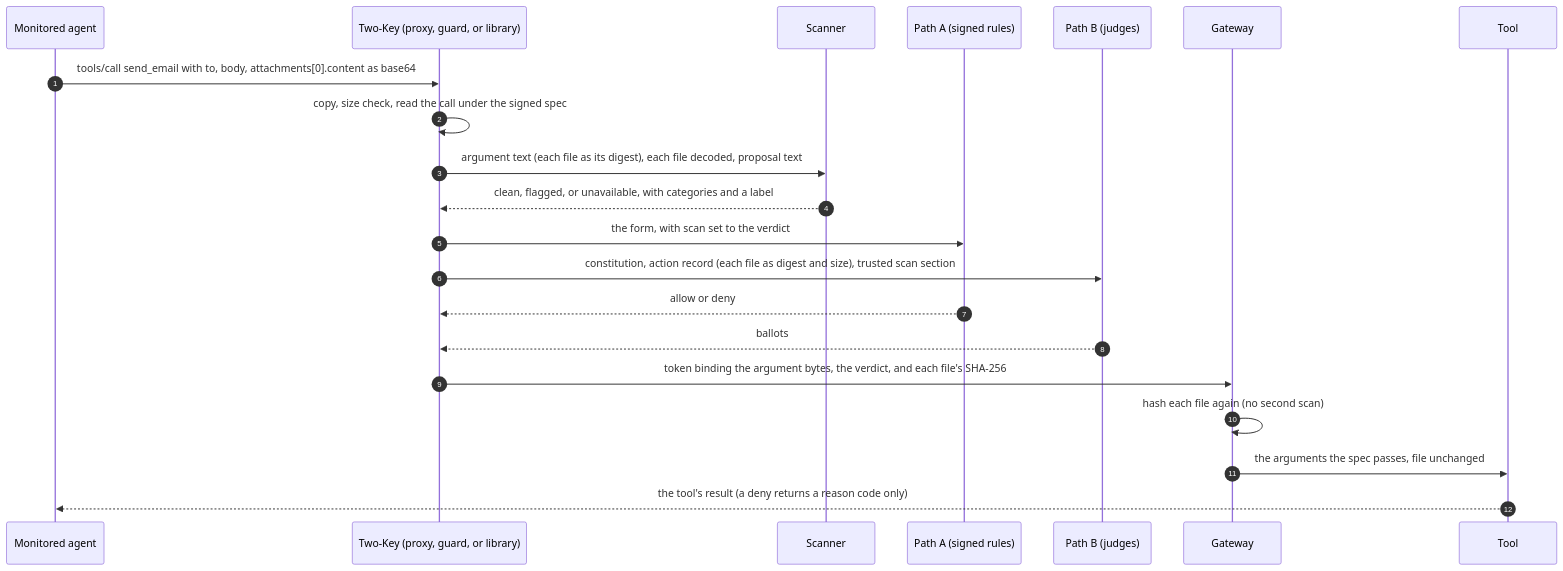
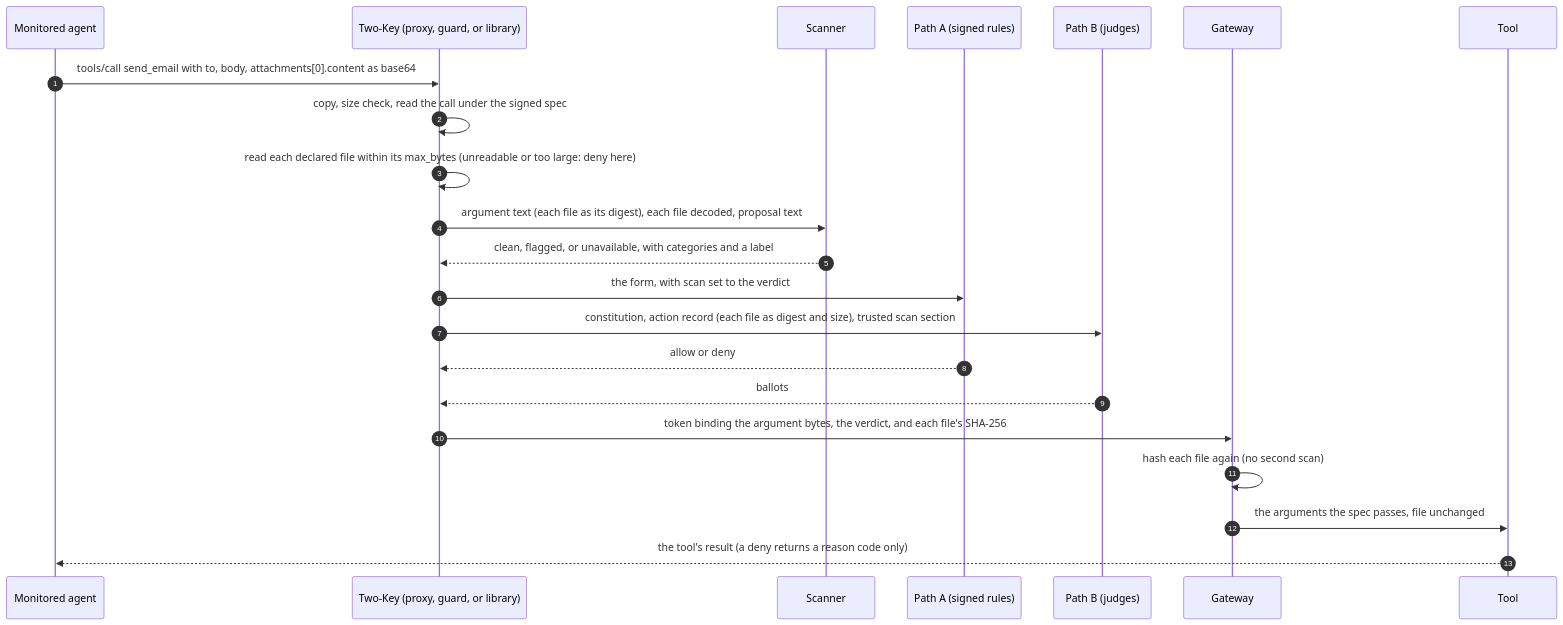
The second of 5 diagrams in docs/SCANNERS.md (Insomniac-VibeLabs/two-key), drawn with Mermaid before and after one commit. The commit also changed other lines of this file and 18 other files, not shown here.

````diff
--- a/docs/SCANNERS.md
+++ b/docs/SCANNERS.md
@@ -114,23 +123,24 @@
 ```mermaid
 sequenceDiagram
   autonumber
   participant Ag as Monitored agent
   participant TK as Two-Key (proxy, guard, or library)
   participant S as Scanner
   participant A as Path A (signed rules)
   participant B as Path B (judges)
   participant G as Gateway
   participant T as Tool
   Ag->>TK: tools/call send_email with to, body, attachments[0].content as base64
   TK->>TK: copy, size check, read the call under the signed spec
+  TK->>TK: read each declared file within its max_bytes (unreadable or too large: deny here)
   TK->>S: argument text (each file as its digest), each file decoded, proposal text
   S-->>TK: clean, flagged, or unavailable, with categories and a label
   TK->>A: the form, with scan set to the verdict
   TK->>B: constitution, action record (each file as digest and size), trusted scan section
   A-->>TK: allow or deny
   B-->>TK: ballots
   TK->>G: token binding the argument bytes, the verdict, and each file's SHA-256
   G->>G: hash each file again (no second scan)
   G->>T: the arguments the spec passes, file unchanged
   T-->>Ag: the tool's result (a deny returns a reason code only)
 ```
````
